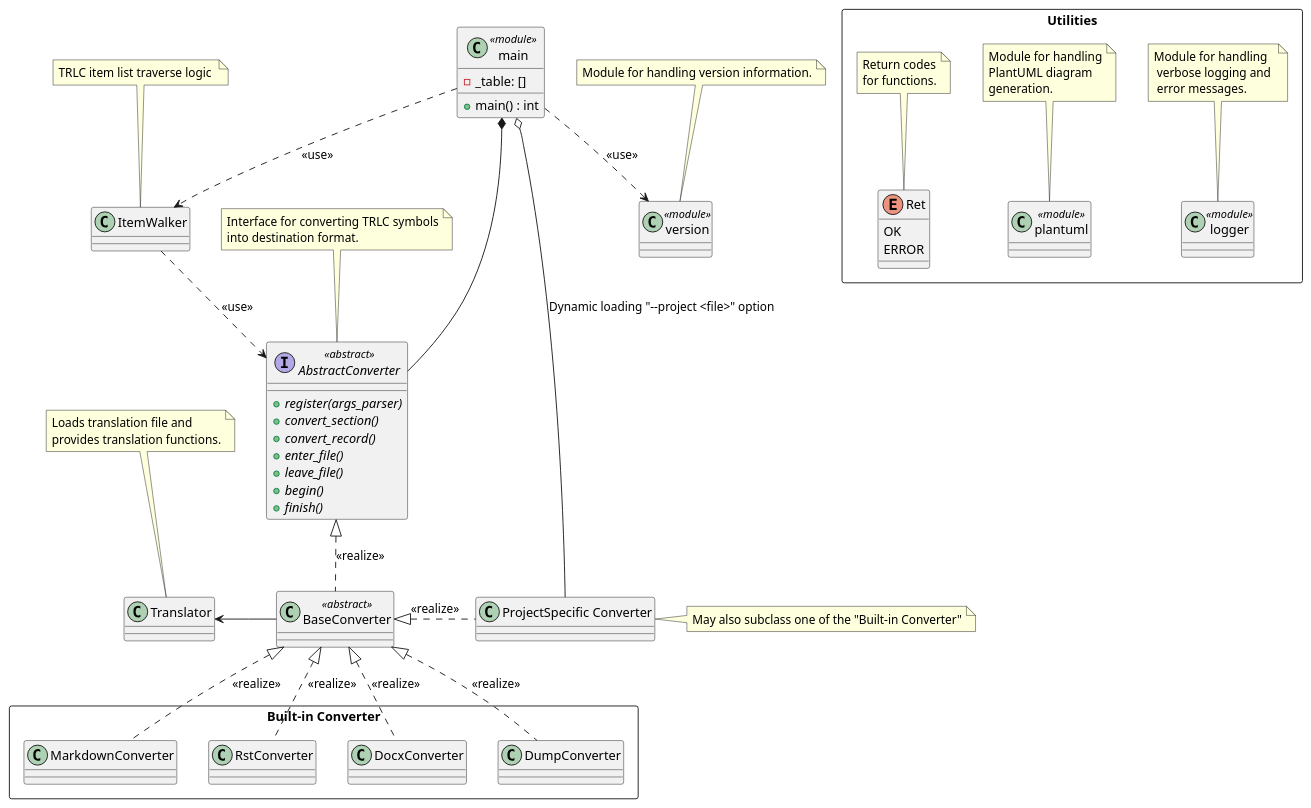
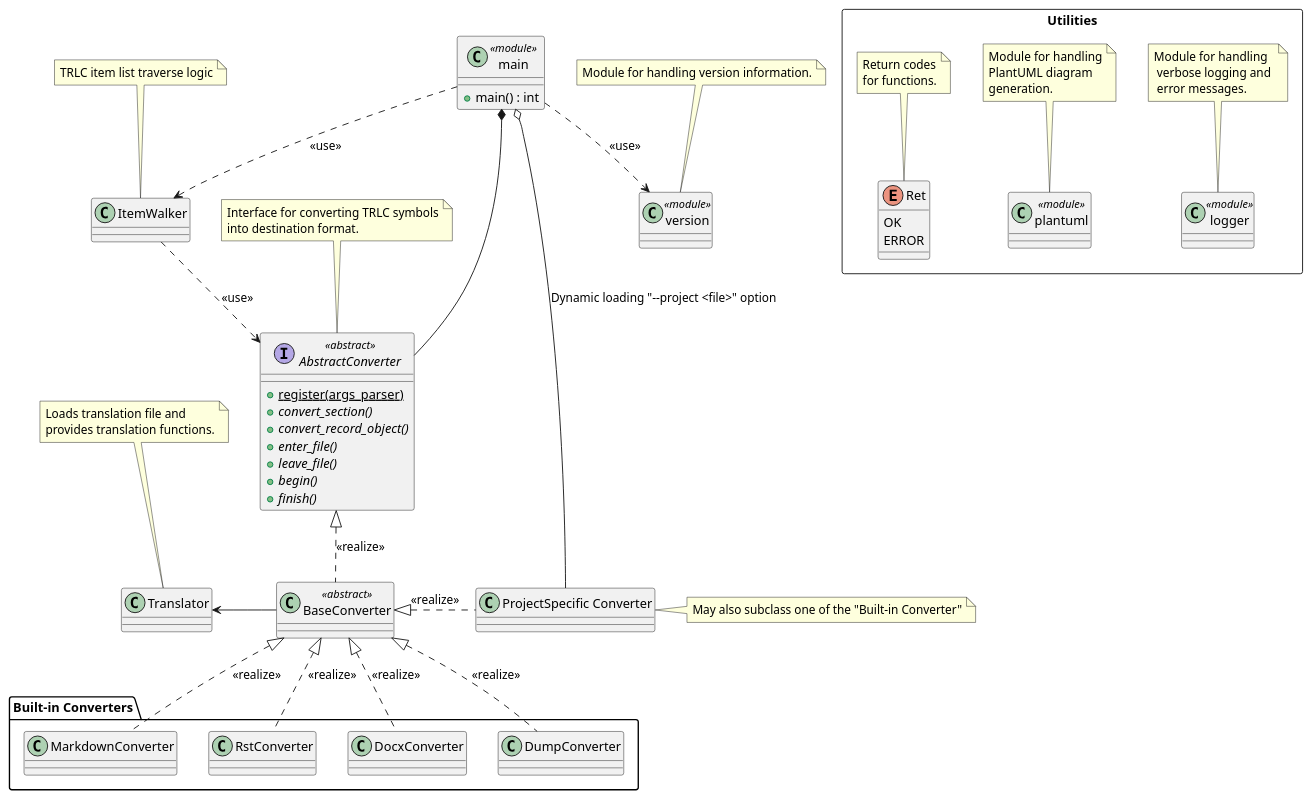
Before and after one commit to NewTec-GmbH/pyTRLCConverter: the diagram in doc/architecture/class_diagram.puml, drawn with PlantUML. The commit also changed 35 other files, not shown here.

First line of the commit message:
docs(arch): Add software architecture documentation. (#96)

```diff
--- a/doc/architecture/class_diagram.puml
+++ b/doc/architecture/class_diagram.puml
@@ -1,119 +1,117 @@
 @startuml class_diagram
 
 interface "AbstractConverter" as abstractConverter <<abstract>> {
-    + {abstract} register(args_parser)
+    + {static} register(args_parser)
     + {abstract} convert_section()
-    + {abstract} convert_record()
+    + {abstract} convert_record_object()
     + {abstract} enter_file()
     + {abstract} leave_file()
     + {abstract} begin()
     + {abstract} finish()
-
 }
 
 note top of abstractConverter
     Interface for converting TRLC symbols
     into destination format.
 end note
 
 class "BaseConverter" as baseConverter <<abstract>> {
 }
 
-rectangle "Built-in Converter" {
+package "Built-in Converters" {
 
     class "MarkdownConverter" as markdownConverter {
     }
 
     class "RstConverter" as rstConverter {
 
     }
 
     class "DocxConverter" as docxConverter {
     }
 
     class "DumpConverter" as dumpConverter {
     }
 }
 
 abstractConverter <|.. baseConverter: <<realize>>
 baseConverter <|.. markdownConverter: <<realize>>
 baseConverter <|.. docxConverter: <<realize>>
 baseConverter <|.. dumpConverter: <<realize>>
 baseConverter <|.. rstConverter: <<realize>>
 
 class "version" as version <<module>> {
 }
 
 note top of version
     Module for handling version information.
 end note
 
 rectangle Utilities {
 
     class "logger" as logger <<module>> {
     }
 
     note top of logger
         Module for handling
          verbose logging and 
          error messages.
     end note
 
     class "plantuml" as plantuml <<module>> {
     }
 
     note top of plantuml
         Module for handling
         PlantUML diagram
         generation.
     end note
 
     enum Ret {
         OK
         ERROR
     }
 
     note top of Ret
         Return codes
         for functions.
     end note
 }
 
 class "main" as main <<module>> {
-    - _table: []
     + main() : int
 }
 
 class "ItemWalker" as itemWalker
 
 note top of itemWalker
-    TRLC item list traverse logic 
+    TRLC item list traverse logic
 end note
 
 
 main ..> itemWalker: <<use>>
 itemWalker ..> abstractConverter: <<use>>
 main *--- abstractConverter
 main ..> version: <<use>>
 
 
 class "ProjectSpecific Converter" as prjSpecConverter {
 }
 
 note right of prjSpecConverter
 May also subclass one of the "Built-in Converter"
 end note
 
 baseConverter <|.r. prjSpecConverter: <<realize>>
 main o- prjSpecConverter : Dynamic loading "--project <file>" option
 
 class "Translator" as translator
 
 note top of translator
     Loads translation file and
     provides translation functions.
 end note
 
 translator <- baseConverter
 
 @enduml
```
